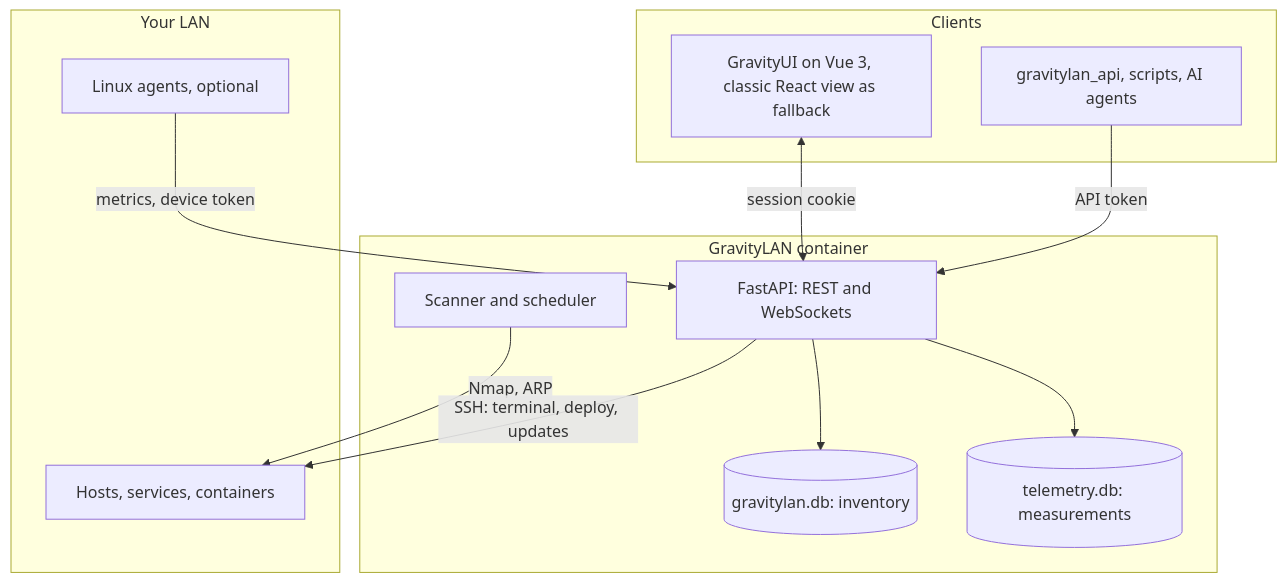
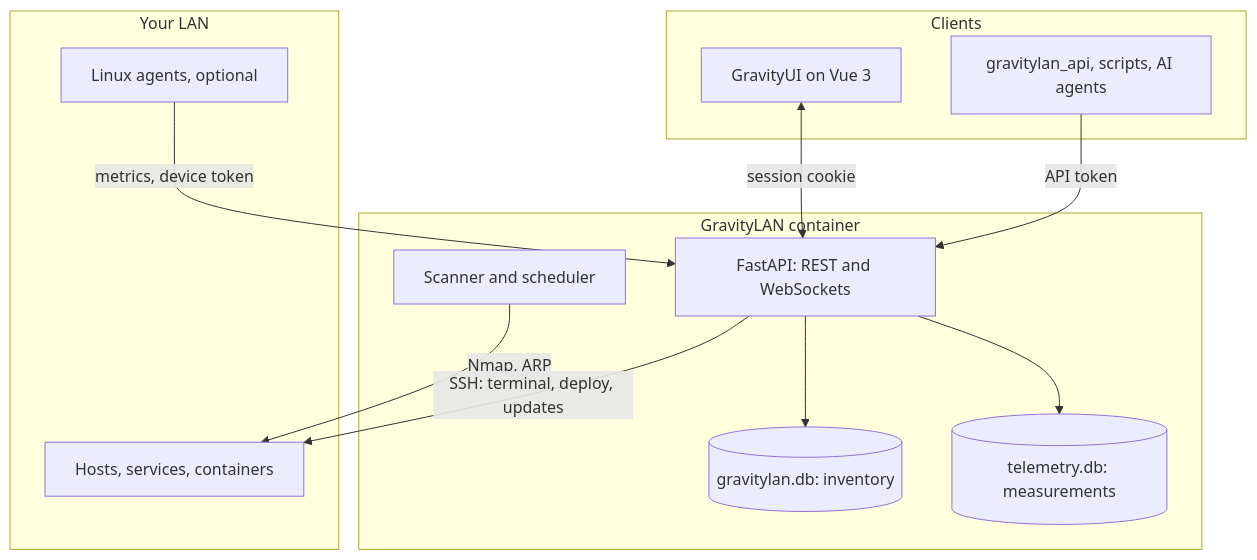
Before and after one commit to SleeperXr/GravityLAN: the first of 2 diagrams in README.md, drawn with Mermaid. The commit also changed other lines of this file and 177 other files, not shown here.

First line of the commit message:
feat!: remove the classic React interface (#147)

````diff
--- a/README.md
+++ b/README.md
@@ -236,24 +231,24 @@
 ```mermaid
 flowchart TB
   subgraph clients [Clients]
-    SPA[GravityUI on Vue 3, classic React view as fallback]
+    SPA[GravityUI on Vue 3]
     PY[gravitylan_api, scripts, AI agents]
   end
   subgraph server [GravityLAN container]
     API[FastAPI: REST and WebSockets]
     SC[Scanner and scheduler]
     DB[(gravitylan.db: inventory)]
     TDB[(telemetry.db: measurements)]
   end
   subgraph lan [Your LAN]
     HOSTS[Hosts, services, containers]
     AG[Linux agents, optional]
   end
   SPA <-->|session cookie| API
   PY -->|API token| API
   API --> DB
   API --> TDB
   SC -->|Nmap, ARP| HOSTS
   AG -->|metrics, device token| API
   API -->|SSH: terminal, deploy, updates| HOSTS
 ```
````
